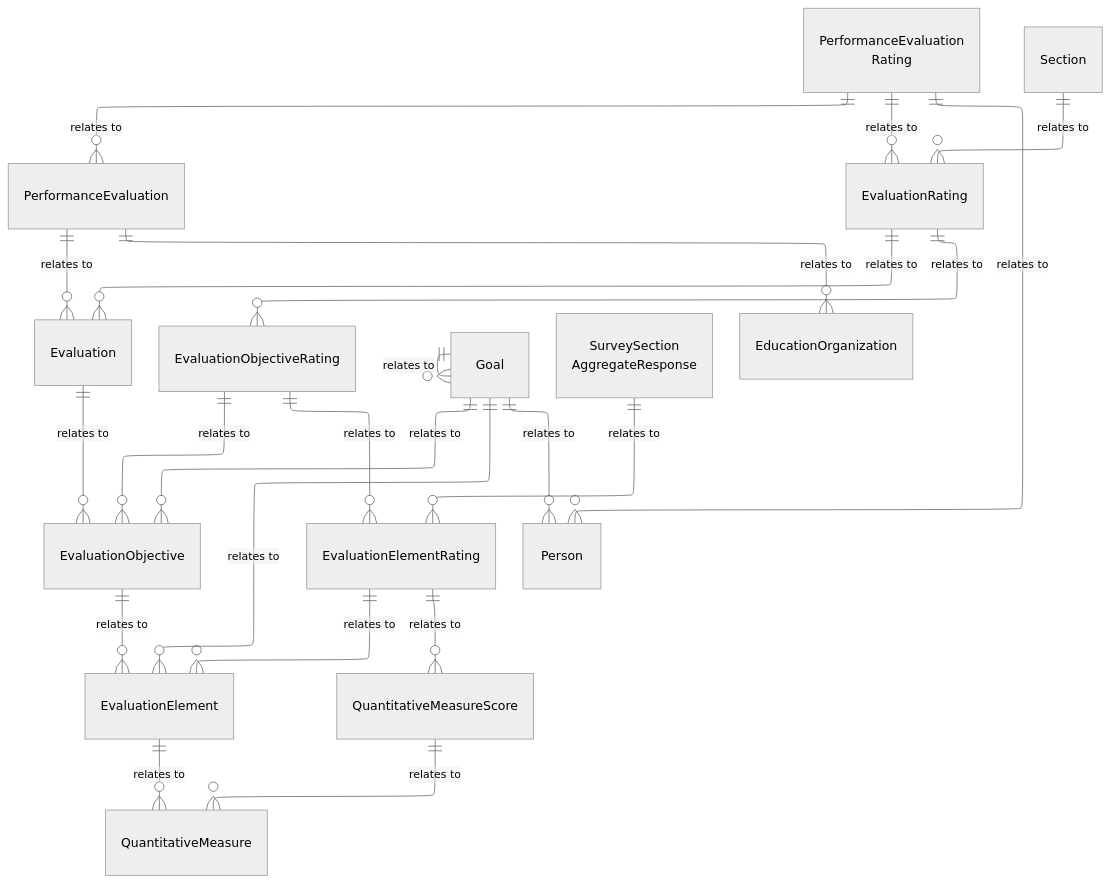
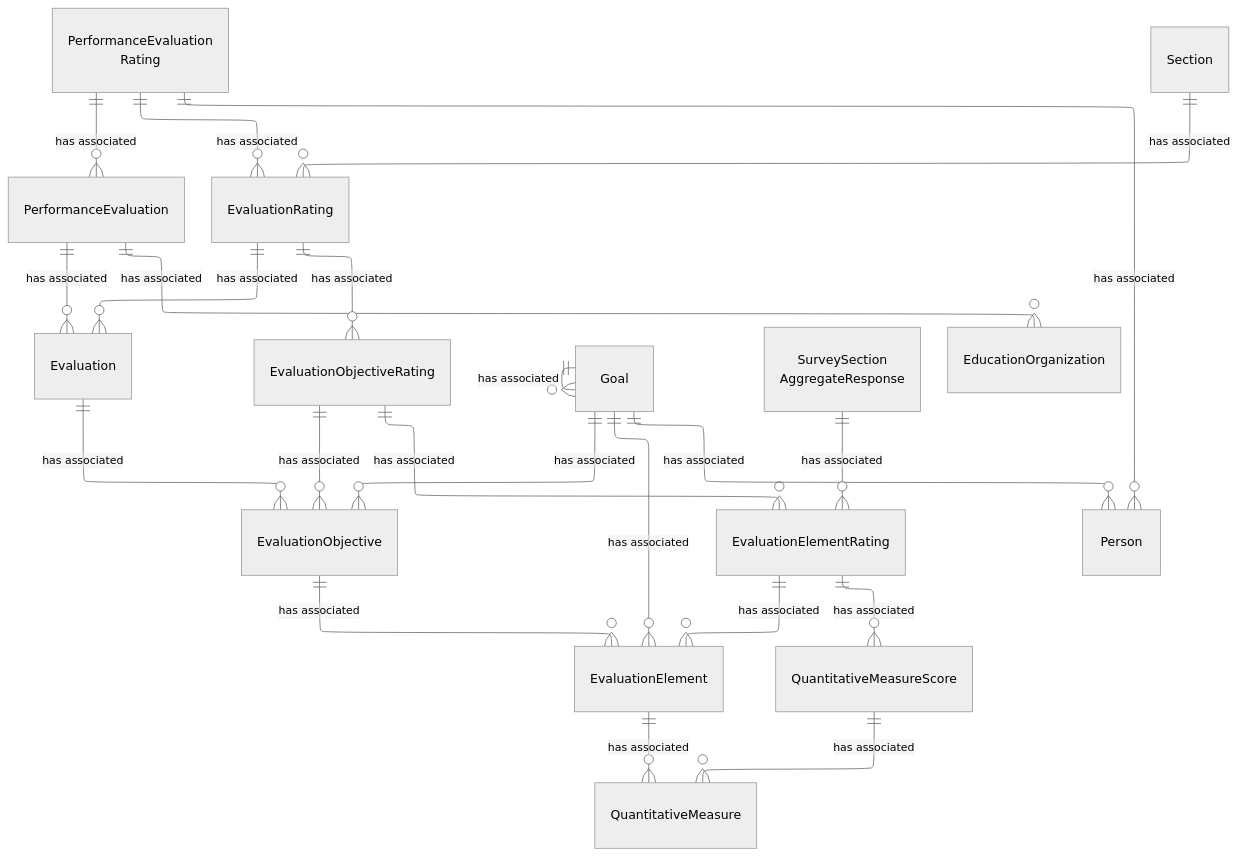
Before and after one commit to Ed-Fi-Alliance-OSS/ed-fi-alliance-oss.github.io: the diagram in dataStandard_versioned_docs/version-6/model-reference/performance-evaluation-domain/model-diagrams.md, drawn with Mermaid (neutral theme). The commit also changed 24 other files, not shown here.

````diff
--- a/dataStandard_versioned_docs/version-6/model-reference/performance-evaluation-domain/model-diagrams.md
+++ b/dataStandard_versioned_docs/version-6/model-reference/performance-evaluation-domain/model-diagrams.md
@@ -10,58 +10,58 @@
 ```mermaid
 ---
 config:
   layout: elk
 ---
 erDiagram
     PerformanceEvaluation {
     }
     PerformanceEvaluationRating["PerformanceEvaluation<br/>Rating"] {
     }
     Evaluation {
     }
     EvaluationRating {
     }
     EvaluationObjective {
     }
     EvaluationObjectiveRating {
     }
     EvaluationElement {
     }
     EvaluationElementRating {
     }
     QuantitativeMeasure {
     }
     QuantitativeMeasureScore {
     }
     Goal {
     }
     Person {
     }
     Section {
     }
     SurveySectionAggregateResponse["SurveySection<br/>AggregateResponse"] {
     }
     EducationOrganization {
     }
-    PerformanceEvaluation ||--o{ EducationOrganization : "relates to"
-    PerformanceEvaluation ||--o{ Evaluation : "relates to"
-    PerformanceEvaluationRating ||--o{ PerformanceEvaluation : "relates to"
-    PerformanceEvaluationRating ||--o{ EvaluationRating : "relates to"
-    PerformanceEvaluationRating ||--o{ Person : "relates to"
-    EvaluationRating ||--o{ Evaluation : "relates to"
-    EvaluationRating ||--o{ EvaluationObjectiveRating : "relates to"
-    Evaluation ||--o{ EvaluationObjective : "relates to"
-    EvaluationObjective ||--o{ EvaluationElement : "relates to"
-    EvaluationObjectiveRating ||--o{ EvaluationObjective : "relates to"
-    EvaluationObjectiveRating ||--o{ EvaluationElementRating : "relates to"
-    EvaluationElementRating ||--o{ EvaluationElement : "relates to"
-    EvaluationElementRating ||--o{ QuantitativeMeasureScore : "relates to"
-    EvaluationElement ||--o{ QuantitativeMeasure : "relates to"
-    QuantitativeMeasureScore ||--o{ QuantitativeMeasure : "relates to"
-    Goal ||--o{ Person : "relates to"
-    Goal ||--o{ EvaluationObjective : "relates to"
-    Goal ||--o{ EvaluationElement : "relates to"
-    Goal ||--o{ Goal : "relates to"
-    Section ||--o{ EvaluationRating : "relates to"
-    SurveySectionAggregateResponse ||--o{ EvaluationElementRating : "relates to"
+    PerformanceEvaluation ||--o{ EducationOrganization : "has associated"
+    PerformanceEvaluation ||--o{ Evaluation : "has associated"
+    PerformanceEvaluationRating ||--o{ PerformanceEvaluation : "has associated"
+    PerformanceEvaluationRating ||--o{ EvaluationRating : "has associated"
+    PerformanceEvaluationRating ||--o{ Person : "has associated"
+    EvaluationRating ||--o{ Evaluation : "has associated"
+    EvaluationRating ||--o{ EvaluationObjectiveRating : "has associated"
+    Evaluation ||--o{ EvaluationObjective : "has associated"
+    EvaluationObjective ||--o{ EvaluationElement : "has associated"
+    EvaluationObjectiveRating ||--o{ EvaluationObjective : "has associated"
+    EvaluationObjectiveRating ||--o{ EvaluationElementRating : "has associated"
+    EvaluationElementRating ||--o{ EvaluationElement : "has associated"
+    EvaluationElementRating ||--o{ QuantitativeMeasureScore : "has associated"
+    EvaluationElement ||--o{ QuantitativeMeasure : "has associated"
+    QuantitativeMeasureScore ||--o{ QuantitativeMeasure : "has associated"
+    Goal ||--o{ Person : "has associated"
+    Goal ||--o{ EvaluationObjective : "has associated"
+    Goal ||--o{ EvaluationElement : "has associated"
+    Goal ||--o{ Goal : "has associated"
+    Section ||--o{ EvaluationRating : "has associated"
+    SurveySectionAggregateResponse ||--o{ EvaluationElementRating : "has associated"
 ```
````
